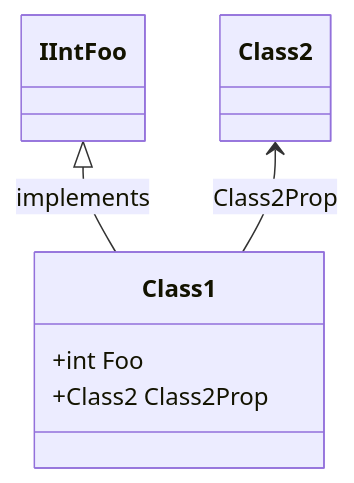
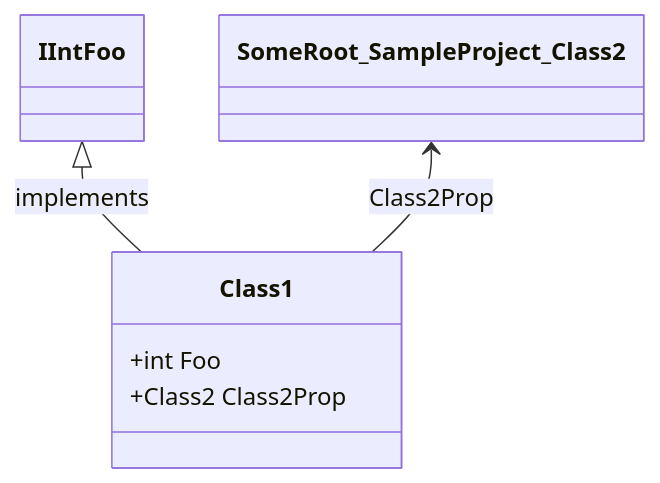
Before and after one commit to erichiller/gh-action-cs-metrics: the first of 7 diagrams in test/SampleProject/CODE_METRICS.md, drawn with Mermaid. The commit also changed other lines of this file, not shown here.

````diff
--- a/test/SampleProject/CODE_METRICS.md
+++ b/test/SampleProject/CODE_METRICS.md
@@ -199,13 +199,13 @@
 ```mermaid
 %%{init: {
     'fontFamily': 'monospace'
 } }%%
 classDiagram
 IIntFoo <|-- SomeRoot_SampleProject_Class1 : implements
-Class2 <-- SomeRoot_SampleProject_Class1 : Class2Prop
+SomeRoot_SampleProject_Class2 <-- SomeRoot_SampleProject_Class1 : Class2Prop
 class SomeRoot_SampleProject_Class1 ["Class1"] {
     +int Foo
     +Class2 Class2Prop
 }
 
 ```
````
